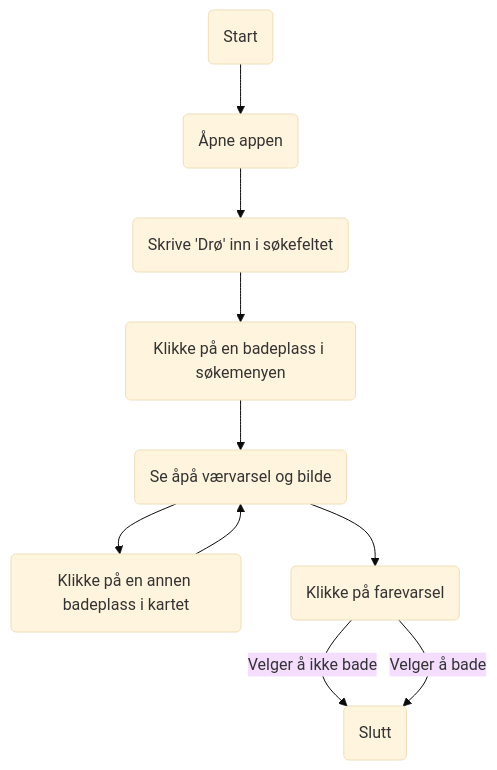
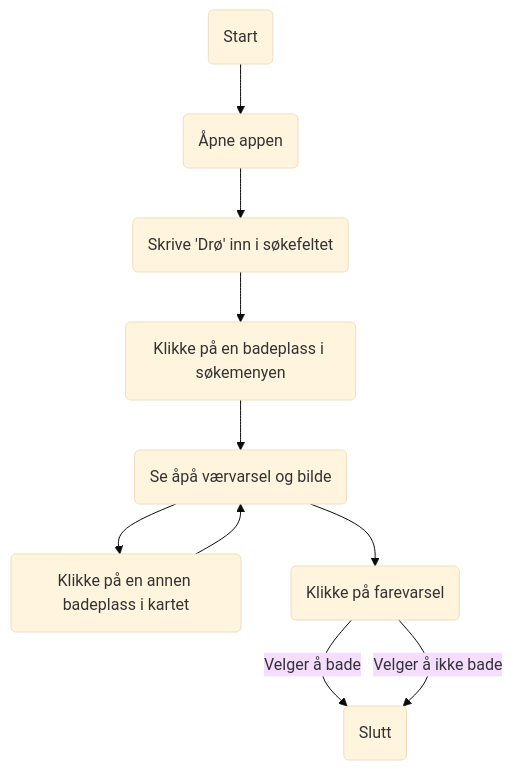
Before and after one commit to priyanshuaroraa1/Android-studio-sysdev: the first of 2 diagrams in MODELING.md, drawn with Mermaid (base theme). The commit also changed other lines of this file, not shown here.

````diff
--- a/MODELING.md
+++ b/MODELING.md
@@ -70,19 +77,20 @@
 ```mermaid
 flowchart TD
 %% Nodes
     A(Start)
     B(Åpne appen)
     C(Skrive 'Drø' inn i søkefeltet)
     D(Klikke på en badeplass i søkemenyen)
     E(Se åpå værvarsel og bilde)
     F(Klikke på en annen badeplass i kartet)
     G(Klikke på farevarsel)
     H(Slutt)
 
 %% Edge connections between nodes
     A --> B --> C --> D --> E 
     E --> F --> E
     E --> G
+    G -- Velger å bade --> H
     G -- Velger å ikke bade --> H
-    G -- Velger å bade --> H
+
 ```
````
